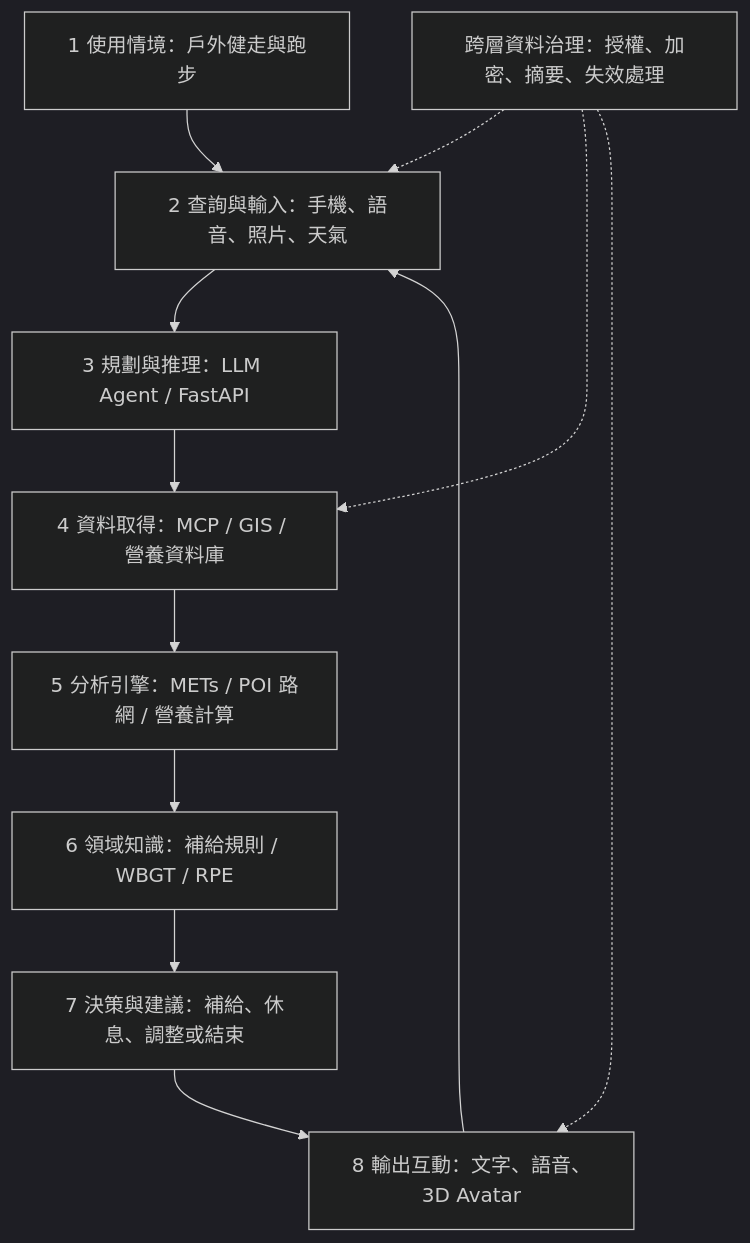
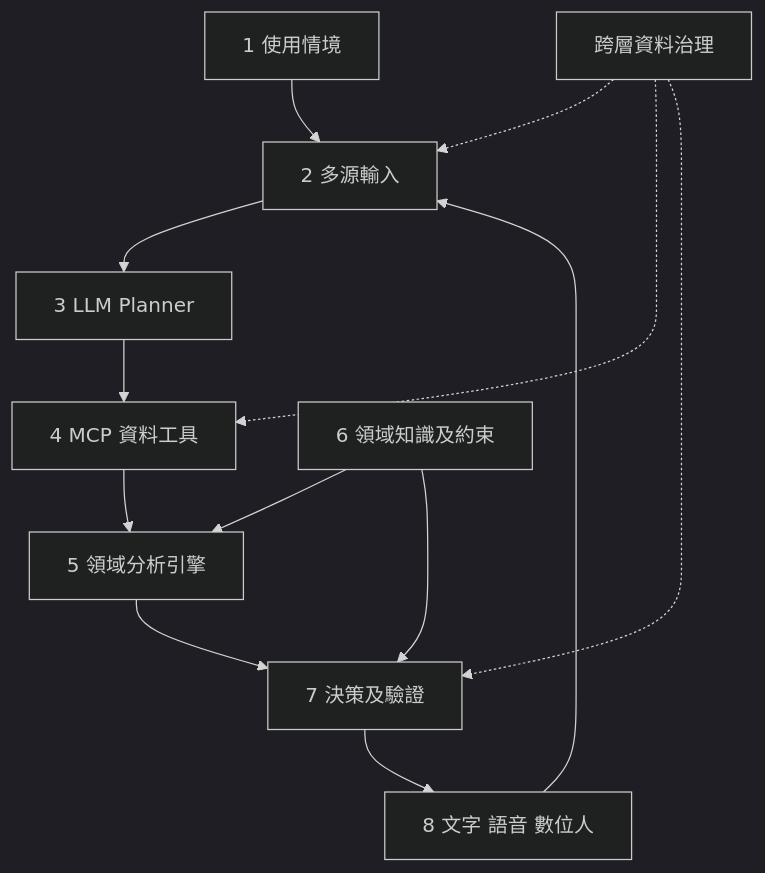
The first of 2 diagrams in docs/A2Z.md (marco202610/AIOT-DIC3), drawn with Mermaid (dark theme) before and after one commit. The commit also changed other lines of this file, not shown here.

````diff
--- a/docs/A2Z.md
+++ b/docs/A2Z.md
@@ -127,14 +179,15 @@
 ```mermaid
 flowchart TD
- A[1 使用情境：戶外健走與跑步] --> B[2 查詢與輸入：手機、語音、照片、天氣]
- B --> C[3 規劃與推理：LLM Agent / FastAPI]
- C --> D[4 資料取得：MCP / GIS / 營養資料庫]
- D --> E[5 分析引擎：METs / POI 路網 / 營養計算]
- E --> F[6 領域知識：補給規則 / WBGT / RPE]
- F --> G[7 決策與建議：補給、休息、調整或結束]
- G --> H[8 輸出互動：文字、語音、3D Avatar]
+ A[1 使用情境] --> B[2 多源輸入]
+ B --> C[3 LLM Planner]
+ C --> D[4 MCP 資料工具]
+ D --> E[5 領域分析引擎]
+ F[6 領域知識及約束] --> E
+ F --> G[7 決策及驗證]
+ E --> G
+ G --> H[8 文字 語音 數位人]
  H --> B
- I[跨層資料治理：授權、加密、摘要、失效處理] -.-> B
+ I[跨層資料治理] -.-> B
  I -.-> D
- I -.-> H
+ I -.-> G
 ```
````
